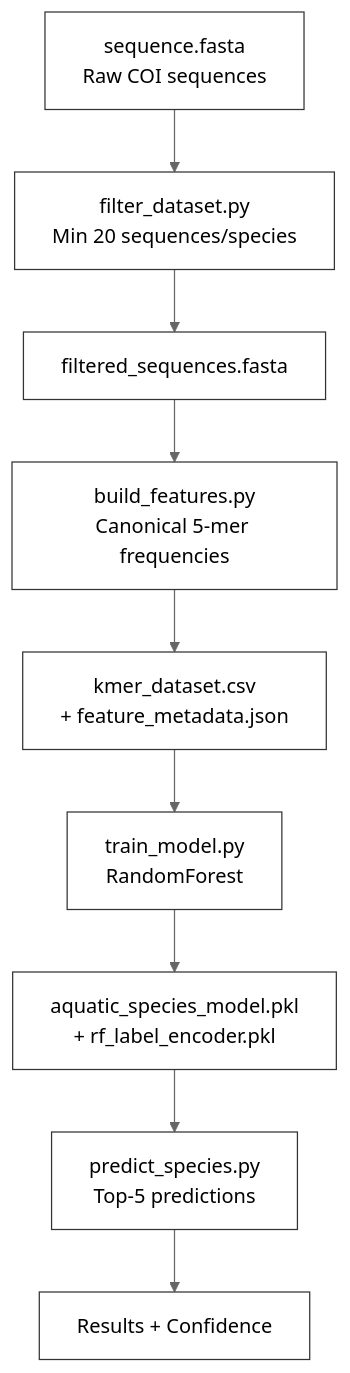
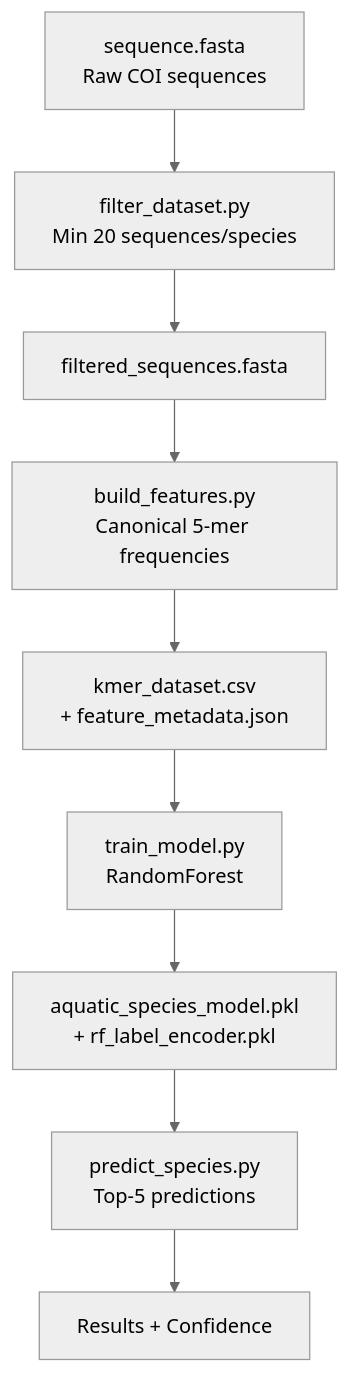
Before and after one commit to 0DhruvHere0/Aqua-DNA-Classifier: the first of 3 diagrams in README.md, drawn with Mermaid (neutral theme).

Commit message:
Tried to update readme v2.2

````diff
--- a/README.md
+++ b/README.md
@@ -50,16 +50,11 @@
 ```mermaid
 flowchart TD
     A["sequence.fasta<br/>Raw COI sequences"] --> B["filter_dataset.py<br/>Min 20 sequences/species"]
     B --> C["filtered_sequences.fasta"]
     C --> D["build_features.py<br/>Canonical 5-mer frequencies"]
     D --> E["kmer_dataset.csv<br/>+ feature_metadata.json"]
     E --> F["train_model.py<br/>RandomForest"]
     F --> G["aquatic_species_model.pkl<br/>+ rf_label_encoder.pkl"]
     G --> H["predict_species.py<br/>Top-5 predictions"]
     H --> I["Results + Confidence"]
-
-    classDef default fill:transparent,stroke:#333,stroke-width:1px
-    classDef input fill:transparent,stroke:#333,stroke-width:1px
-
-    class A,C,E,G,I input
 ```
````
